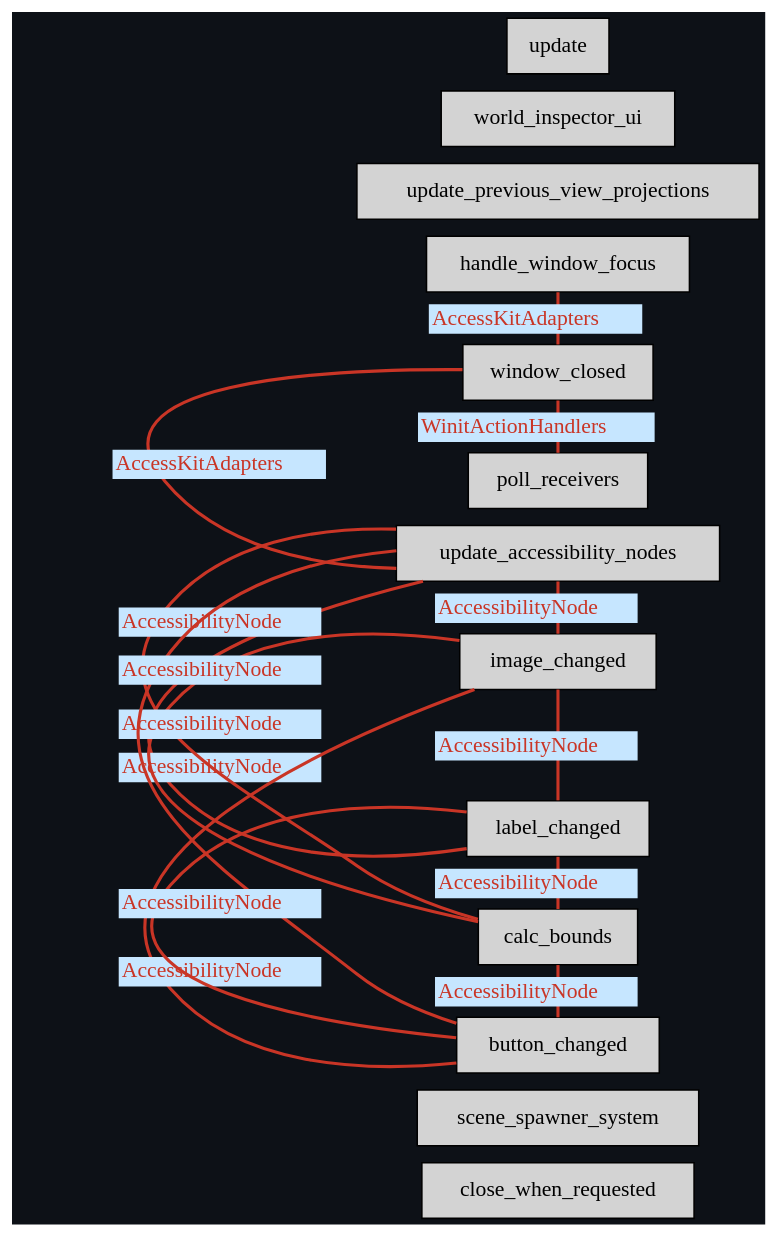
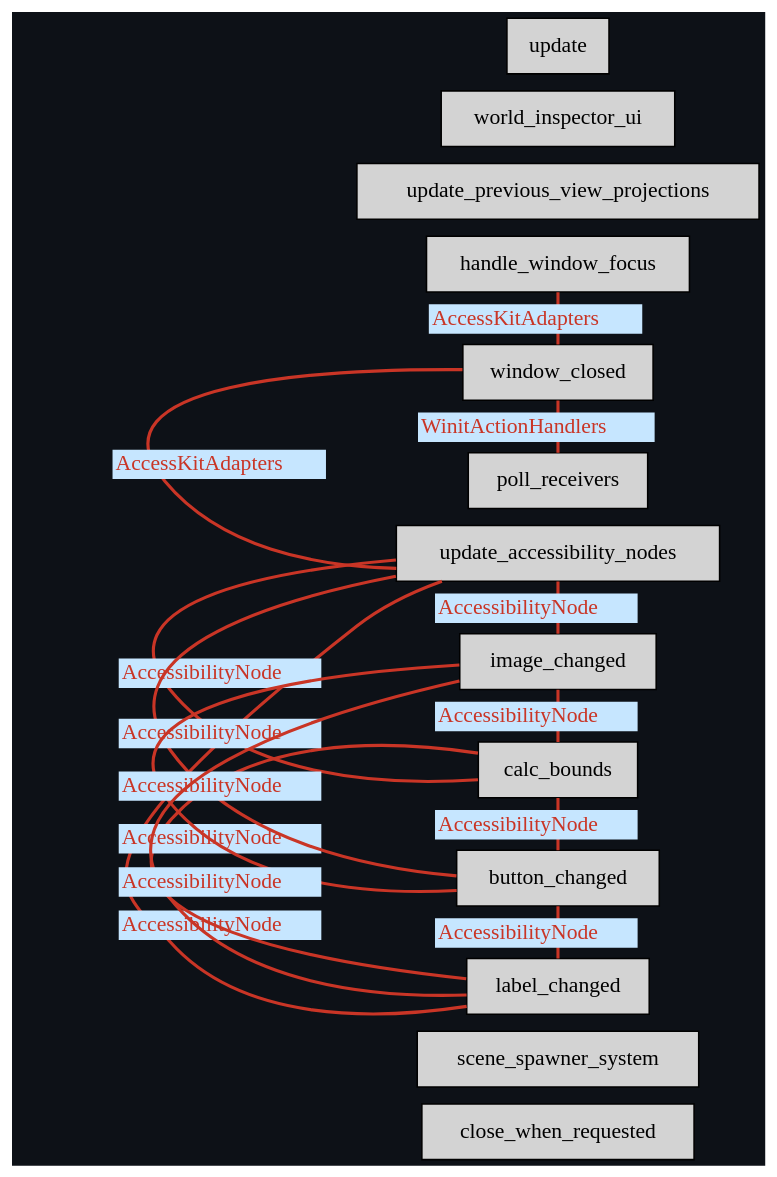
One commit to eerii/hello-bevy changed the diagram in graphs/update-schedule.dot. Above: the diagram before and after it, drawn with Graphviz. The commit also changed 7 other files, not shown here.

```diff
--- a/graphs/update-schedule.dot
+++ b/graphs/update-schedule.dot
@@ -1,36 +1,36 @@
 digraph "" {
 	"compound"="true";
 	"splines"="spline";
 	"rankdir"="LR";
 	"bgcolor"="#0d1117";
 	"fontname"="Helvetica";
 	"nodesep"="0.15";
 	edge ["penwidth"="2"];
 	node ["shape"="box", "style"="filled"];
 	"node_System(0)" ["label"="close_when_requested", "tooltip"="bevy_window::system::close_when_requested"]
 	"node_System(1)" ["label"="scene_spawner_system", "tooltip"="bevy_scene::scene_spawner::scene_spawner_system"]
 	"node_System(2)" ["label"="handle_window_focus", "tooltip"="bevy_winit::accessibility::handle_window_focus"]
 	"node_System(3)" ["label"="window_closed", "tooltip"="bevy_winit::accessibility::window_closed"]
 	"node_System(4)" ["label"="poll_receivers", "tooltip"="bevy_winit::accessibility::poll_receivers"]
 	"node_System(5)" ["label"="update_accessibility_nodes", "tooltip"="bevy_winit::accessibility::update_accessibility_nodes"]
 	"node_System(6)" ["label"="calc_bounds", "tooltip"="bevy_ui::accessibility::calc_bounds"]
 	"node_System(7)" ["label"="button_changed", "tooltip"="bevy_ui::accessibility::button_changed"]
 	"node_System(8)" ["label"="image_changed", "tooltip"="bevy_ui::accessibility::image_changed"]
 	"node_System(9)" ["label"="label_changed", "tooltip"="bevy_ui::accessibility::label_changed"]
 	"node_System(10)" ["label"="update_previous_view_projections", "tooltip"="bevy_pbr::prepass::update_previous_view_projections"]
 	"node_System(11)" ["label"="world_inspector_ui", "tooltip"="bevy_inspector_egui::quick::world_inspector_ui"]
 	"node_System(12)" ["label"="update", "tooltip"="hello_bevy::update"]
 	"node_System(3)" -> "node_System(2)" ["dir"="none", "constraint"="false", "color"="#c93526", "fontcolor"="#c93526", "label"=<<table border="0" cellborder="0"><tr><td bgcolor="#c6e6ff">AccessKitAdapters</td></tr></table>>, "labeltooltip"="window_closed — handle_window_focus"]
 	"node_System(4)" -> "node_System(3)" ["dir"="none", "constraint"="false", "color"="#c93526", "fontcolor"="#c93526", "label"=<<table border="0" cellborder="0"><tr><td bgcolor="#c6e6ff">WinitActionHandlers</td></tr></table>>, "labeltooltip"="poll_receivers — window_closed"]
 	"node_System(5)" -> "node_System(3)" ["dir"="none", "constraint"="false", "color"="#c93526", "fontcolor"="#c93526", "label"=<<table border="0" cellborder="0"><tr><td bgcolor="#c6e6ff">AccessKitAdapters</td></tr></table>>, "labeltooltip"="update_accessibility_nodes — window_closed"]
 	"node_System(5)" -> "node_System(8)" ["dir"="none", "constraint"="false", "color"="#c93526", "fontcolor"="#c93526", "label"=<<table border="0" cellborder="0"><tr><td bgcolor="#c6e6ff">AccessibilityNode</td></tr></table>>, "labeltooltip"="update_accessibility_nodes — image_changed"]
 	"node_System(5)" -> "node_System(9)" ["dir"="none", "constraint"="false", "color"="#c93526", "fontcolor"="#c93526", "label"=<<table border="0" cellborder="0"><tr><td bgcolor="#c6e6ff">AccessibilityNode</td></tr></table>>, "labeltooltip"="update_accessibility_nodes — label_changed"]
 	"node_System(6)" -> "node_System(5)" ["dir"="none", "constraint"="false", "color"="#c93526", "fontcolor"="#c93526", "label"=<<table border="0" cellborder="0"><tr><td bgcolor="#c6e6ff">AccessibilityNode</td></tr></table>>, "labeltooltip"="calc_bounds — update_accessibility_nodes"]
 	"node_System(6)" -> "node_System(7)" ["dir"="none", "constraint"="false", "color"="#c93526", "fontcolor"="#c93526", "label"=<<table border="0" cellborder="0"><tr><td bgcolor="#c6e6ff">AccessibilityNode</td></tr></table>>, "labeltooltip"="calc_bounds — button_changed"]
 	"node_System(6)" -> "node_System(8)" ["dir"="none", "constraint"="false", "color"="#c93526", "fontcolor"="#c93526", "label"=<<table border="0" cellborder="0"><tr><td bgcolor="#c6e6ff">AccessibilityNode</td></tr></table>>, "labeltooltip"="calc_bounds — image_changed"]
 	"node_System(6)" -> "node_System(9)" ["dir"="none", "constraint"="false", "color"="#c93526", "fontcolor"="#c93526", "label"=<<table border="0" cellborder="0"><tr><td bgcolor="#c6e6ff">AccessibilityNode</td></tr></table>>, "labeltooltip"="calc_bounds — label_changed"]
 	"node_System(7)" -> "node_System(5)" ["dir"="none", "constraint"="false", "color"="#c93526", "fontcolor"="#c93526", "label"=<<table border="0" cellborder="0"><tr><td bgcolor="#c6e6ff">AccessibilityNode</td></tr></table>>, "labeltooltip"="button_changed — update_accessibility_nodes"]
 	"node_System(7)" -> "node_System(8)" ["dir"="none", "constraint"="false", "color"="#c93526", "fontcolor"="#c93526", "label"=<<table border="0" cellborder="0"><tr><td bgcolor="#c6e6ff">AccessibilityNode</td></tr></table>>, "labeltooltip"="button_changed — image_changed"]
 	"node_System(7)" -> "node_System(9)" ["dir"="none", "constraint"="false", "color"="#c93526", "fontcolor"="#c93526", "label"=<<table border="0" cellborder="0"><tr><td bgcolor="#c6e6ff">AccessibilityNode</td></tr></table>>, "labeltooltip"="button_changed — label_changed"]
-	"node_System(8)" -> "node_System(9)" ["dir"="none", "constraint"="false", "color"="#c93526", "fontcolor"="#c93526", "label"=<<table border="0" cellborder="0"><tr><td bgcolor="#c6e6ff">AccessibilityNode</td></tr></table>>, "labeltooltip"="image_changed — label_changed"]
+	"node_System(9)" -> "node_System(8)" ["dir"="none", "constraint"="false", "color"="#c93526", "fontcolor"="#c93526", "label"=<<table border="0" cellborder="0"><tr><td bgcolor="#c6e6ff">AccessibilityNode</td></tr></table>>, "labeltooltip"="label_changed — image_changed"]
 }
```
